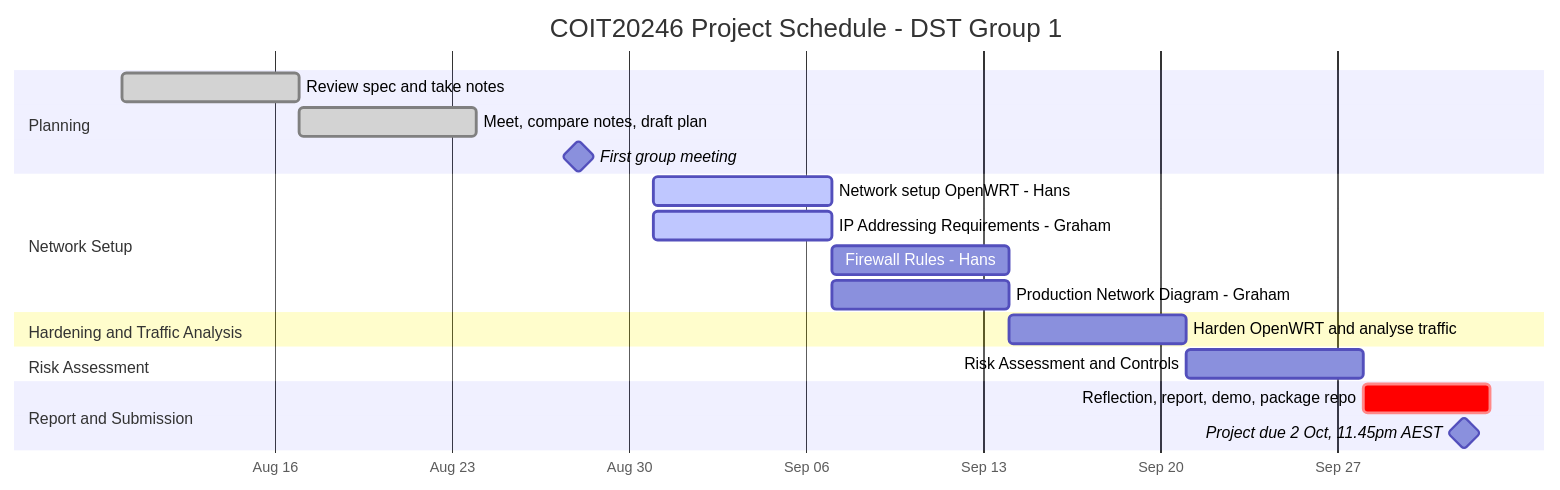
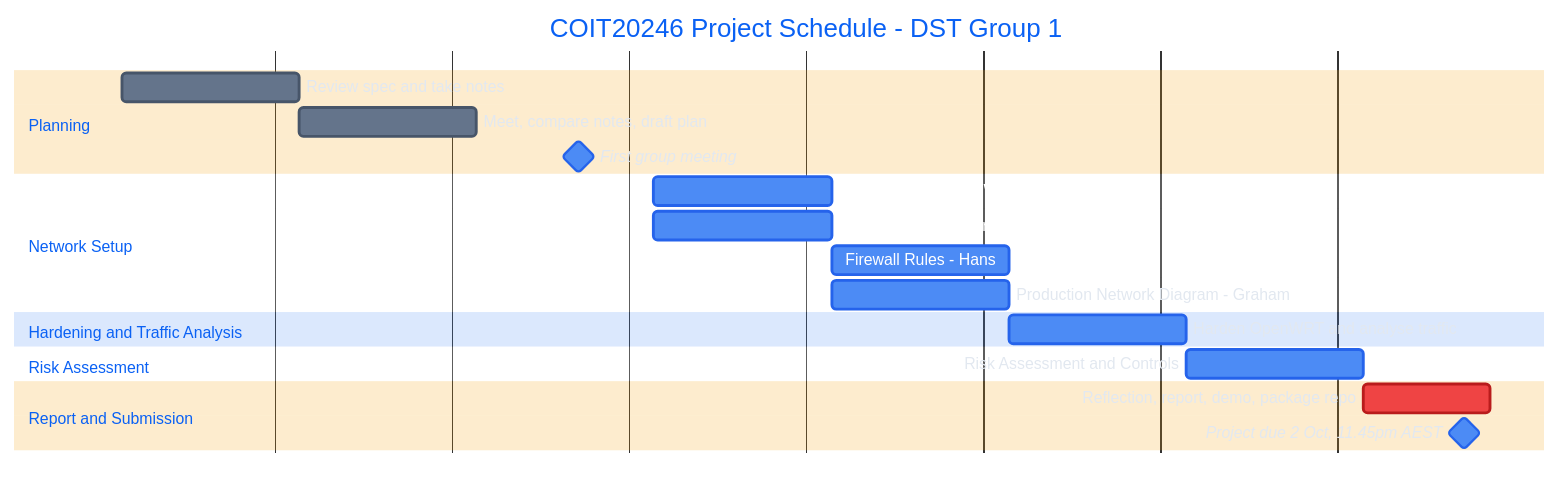
The diagram in plan.md (T22026-COIT20246-Project-30-MM/DST-Group-1), drawn with Mermaid before and after one commit.

Commit message:
Fix formatting in mermaid diagram configuration

````diff
--- a/plan.md
+++ b/plan.md
@@ -29,44 +29,44 @@
 ```mermaid
 %%{init: {'theme':'base', 'themeVariables': {
-  "fontSize": "14px"
+  'fontSize': '14px',
   'primaryColor': '#4C8BF5',
   'primaryTextColor': '#fff',
   'primaryBorderColor': '#2563eb',
   'lineColor': '#94a3b8',
   'secondaryColor': '#22c55e',
   'tertiaryColor': '#f59e0b',
   'doneTaskBkgColor': '#64748b',
   'doneTaskBorderColor': '#475569',
   'activeTaskBkgColor': '#4C8BF5',
   'activeTaskBorderColor': '#2563eb',
   'critBkgColor': '#ef4444',
   'critBorderColor': '#b91c1c',
   'taskTextColor': '#fff',
   'taskTextOutsideColor': '#e2e8f0'
 }}}%%
 gantt
     title COIT20246 Project Schedule - DST Group 1
     dateFormat  YYYY-MM-DD
     axisFormat  %b %d
 
     section Planning
     Review spec and take notes         :done, w5, 2026-08-10, 7d
     Meet, compare notes, draft plan    :done, w6, 2026-08-17, 7d
     First group meeting                :milestone, m1, 2026-08-28, 0d
 
     section Network Setup
     Network setup OpenWRT - Hans            :active, w7a, 2026-08-31, 7d
     IP Addressing Requirements - Graham     :active, w7b, 2026-08-31, 7d
     Firewall Rules - Hans                   :w8a, after w7a, 7d
     Production Network Diagram - Graham     :w8b, after w7b, 7d
 
     section Hardening and Traffic Analysis
     Harden OpenWRT and analyse traffic      :w9, 2026-09-14, 7d
 
     section Risk Assessment
     Risk Assessment and Controls            :w10, 2026-09-21, 7d
 
     section Report and Submission
     Reflection, report, demo, package repo  :crit, w11, 2026-09-28, 5d
     Project due 2 Oct, 11.45pm AEST         :milestone, due, 2026-10-02, 0d
 ```
````
